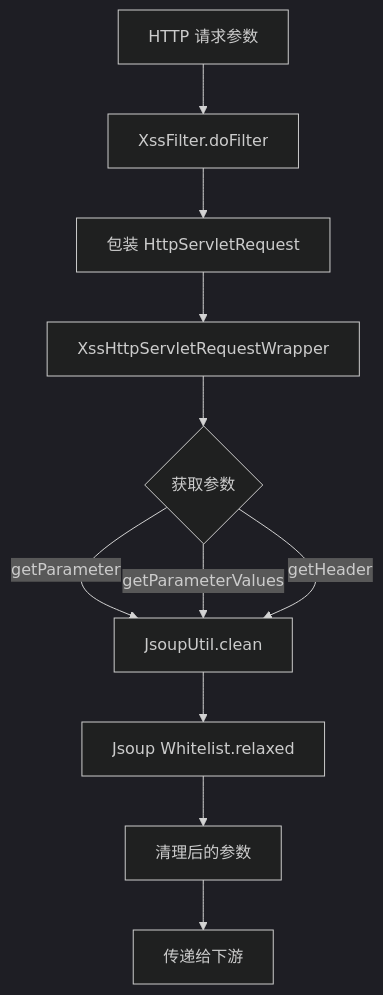
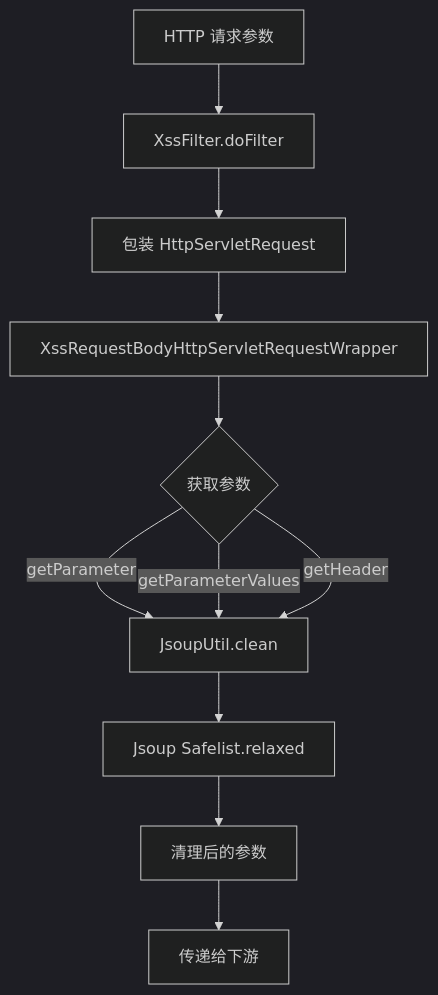
One commit to wrck/PMS changed the third of 7 diagrams in PMS-security/docs/04-mapping/data-flow.md. Above: the diagram before and after it, drawn with Mermaid (dark theme). The commit also changed other lines of this file and 31 other files, not shown here.

````diff
--- a/PMS-security/docs/04-mapping/data-flow.md
+++ b/PMS-security/docs/04-mapping/data-flow.md
@@ -57,13 +55,13 @@
 ```mermaid
 graph TB
     A[HTTP 请求参数] --> B[XssFilter.doFilter]
     B --> C[包装 HttpServletRequest]
-    C --> D[XssHttpServletRequestWrapper]
+    C --> D[XssRequestBodyHttpServletRequestWrapper]
     D --> E{获取参数}
     E -->|getParameter| F[JsoupUtil.clean]
     E -->|getParameterValues| F
     E -->|getHeader| F
-    F --> G[Jsoup Whitelist.relaxed]
+    F --> G[Jsoup Safelist.relaxed]
     G --> H[清理后的参数]
     H --> I[传递给下游]
 ```
````
